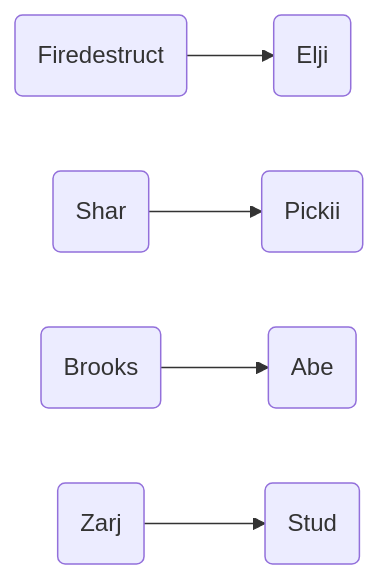
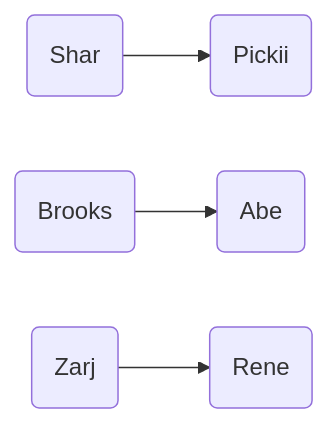
One commit to leemWF/READMEVault changed the first of 11 diagrams in wepulled/swp/README.md. Above: the diagram before and after it, drawn with Mermaid. The commit also changed other lines of this file, not shown here.

````diff
--- a/wepulled/swp/README.md
+++ b/wepulled/swp/README.md
@@ -5,7 +5,6 @@
 ```mermaid
 flowchart LR
-    A(Firedestruct) --> B(Elji)
     C(Shar) --> D(Pickii)
     E(Brooks) --> F(Abe)
-    G(Zarj) --> H(Stud)
+    G(Zarj) --> H(Rene)
 ```
````
